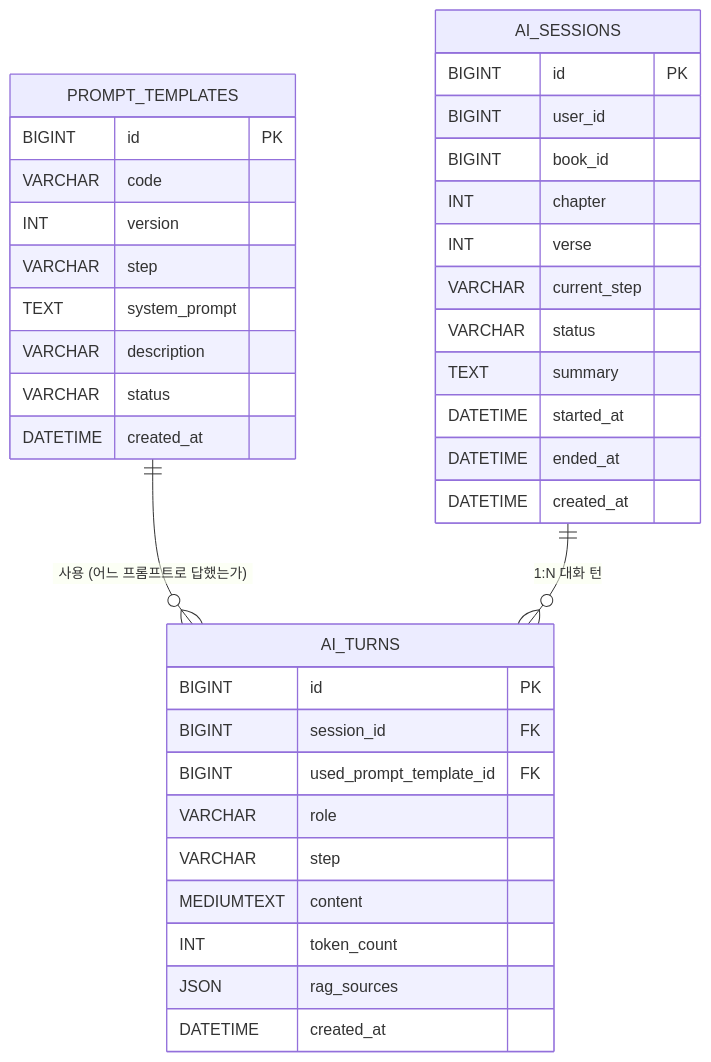
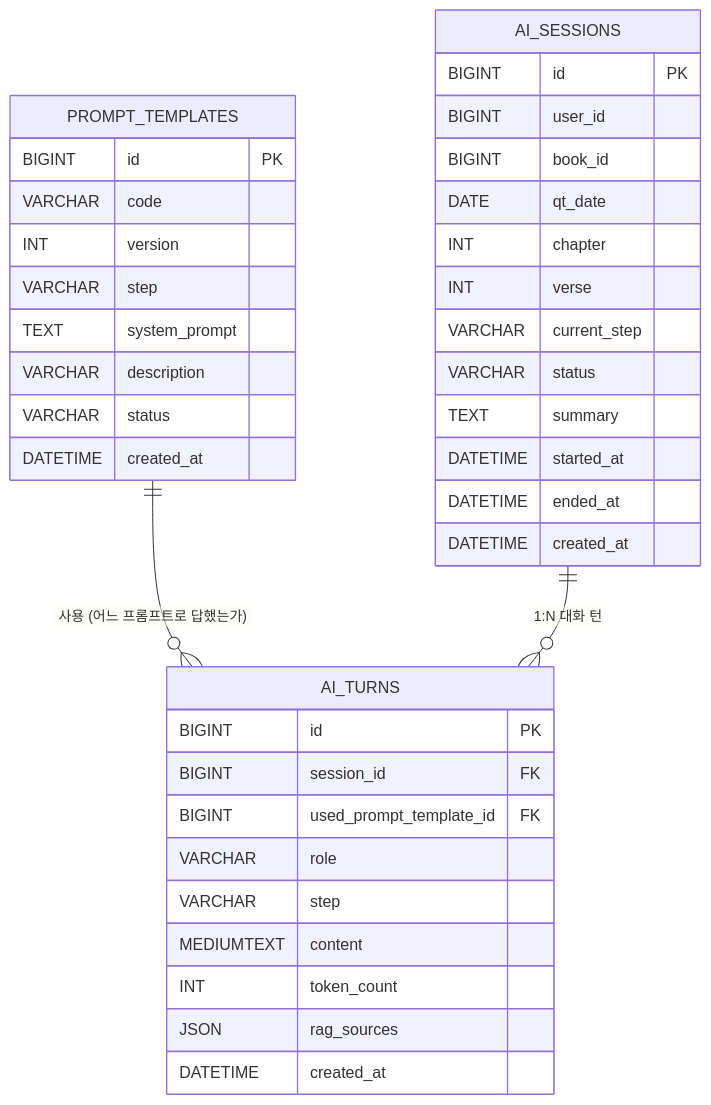
One commit to Tae0072/2nd-Team-Project changed the third of 7 diagrams in 02_ERD_문서.md. Above: the diagram before and after it, drawn with Mermaid. The commit also changed other lines of this file and 41 other files, not shown here.

````diff
--- a/02_ERD_문서.md
+++ b/02_ERD_문서.md
@@ -347,40 +348,41 @@
 ```mermaid
 erDiagram
     PROMPT_TEMPLATES ||--o{ AI_TURNS : "사용 (어느 프롬프트로 답했는가)"
     AI_SESSIONS ||--o{ AI_TURNS : "1:N 대화 턴"
 
     PROMPT_TEMPLATES {
         BIGINT id PK
         VARCHAR code
         INT version
         VARCHAR step
         TEXT system_prompt
         VARCHAR description
         VARCHAR status
         DATETIME created_at
     }
     AI_SESSIONS {
         BIGINT id PK
         BIGINT user_id
         BIGINT book_id
+        DATE qt_date
         INT chapter
         INT verse
         VARCHAR current_step
         VARCHAR status
         TEXT summary
         DATETIME started_at
         DATETIME ended_at
         DATETIME created_at
     }
     AI_TURNS {
         BIGINT id PK
         BIGINT session_id FK
         BIGINT used_prompt_template_id FK
         VARCHAR role
         VARCHAR step
         MEDIUMTEXT content
         INT token_count
         JSON rag_sources
         DATETIME created_at
     }
 ```
````
